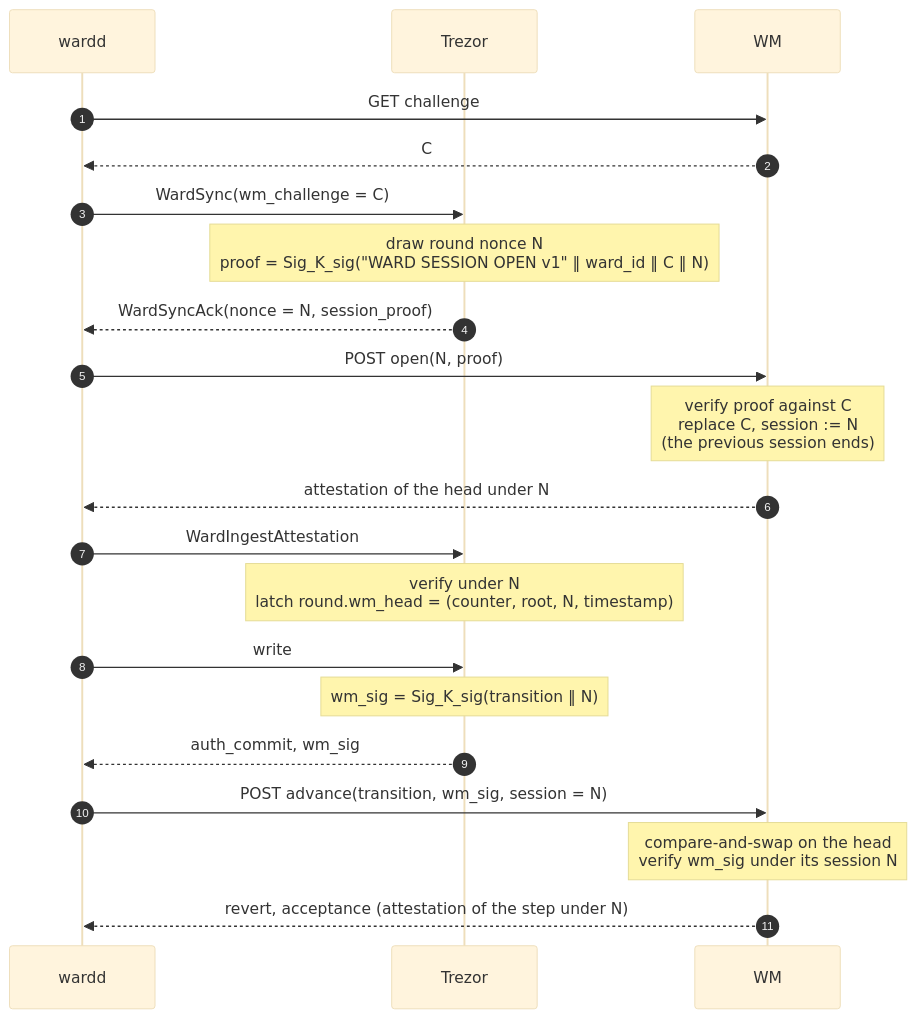
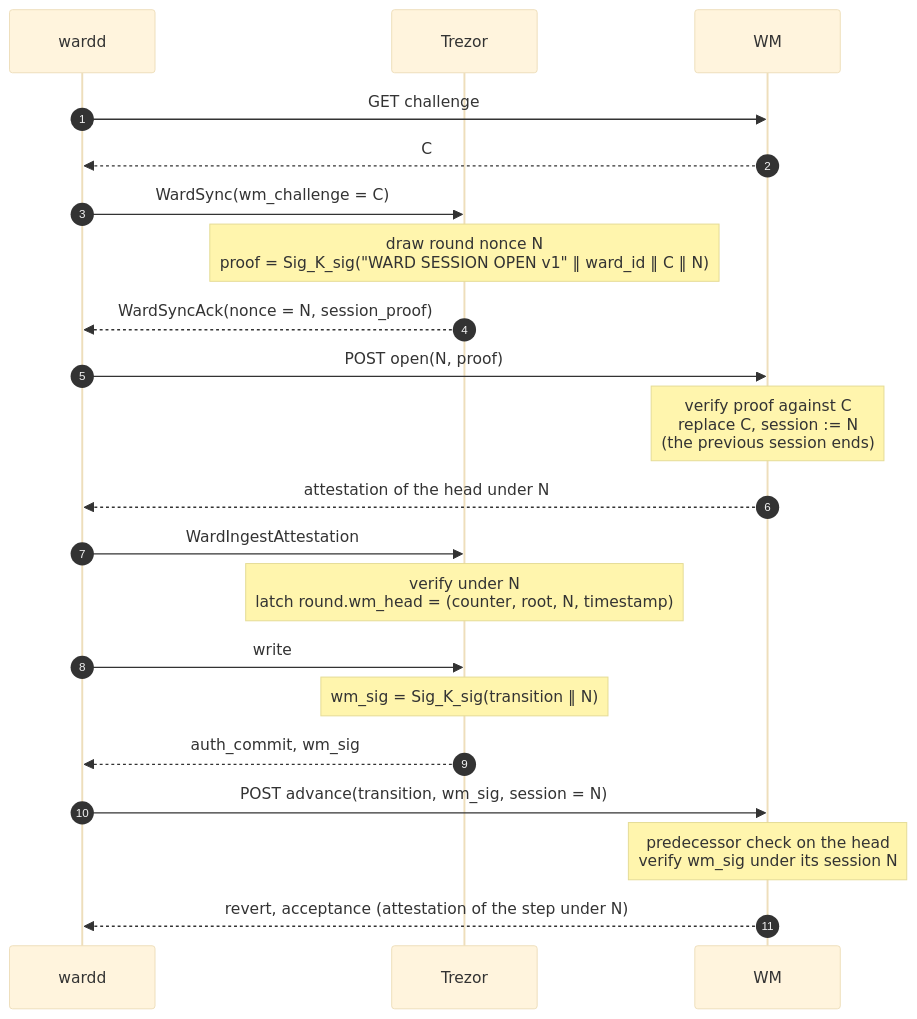
One commit to trezor/trezor-firmware changed the second of 7 diagrams in docs/ward/ward_transitions.md. Above: the diagram before and after it, drawn with Mermaid (base theme). The commit also changed other lines of this file and 7 other files, not shown here.

First line of the commit message:
docs(ward): WM keeps no time, predecessor check, session opening

````diff
--- a/docs/ward/ward_transitions.md
+++ b/docs/ward/ward_transitions.md
@@ -112,23 +117,23 @@
 ```mermaid
 sequenceDiagram
     autonumber
     participant W as wardd
     participant T as Trezor
     participant M as WM
     W->>M: GET challenge
     M-->>W: C
     W->>T: WardSync(wm_challenge = C)
     Note over T: draw round nonce N<br/>proof = Sig_K_sig("WARD SESSION OPEN v1" ‖ ward_id ‖ C ‖ N)
     T-->>W: WardSyncAck(nonce = N, session_proof)
     W->>M: POST open(N, proof)
     Note over M: verify proof against C<br/>replace C, session := N<br/>(the previous session ends)
     M-->>W: attestation of the head under N
     W->>T: WardIngestAttestation
     Note over T: verify under N<br/>latch round.wm_head = (counter, root, N, timestamp)
     W->>T: write
     Note over T: wm_sig = Sig_K_sig(transition ‖ N)
     T-->>W: auth_commit, wm_sig
     W->>M: POST advance(transition, wm_sig, session = N)
-    Note over M: compare-and-swap on the head<br/>verify wm_sig under its session N
+    Note over M: predecessor check on the head<br/>verify wm_sig under its session N
     M-->>W: revert, acceptance (attestation of the step under N)
 ```
````
